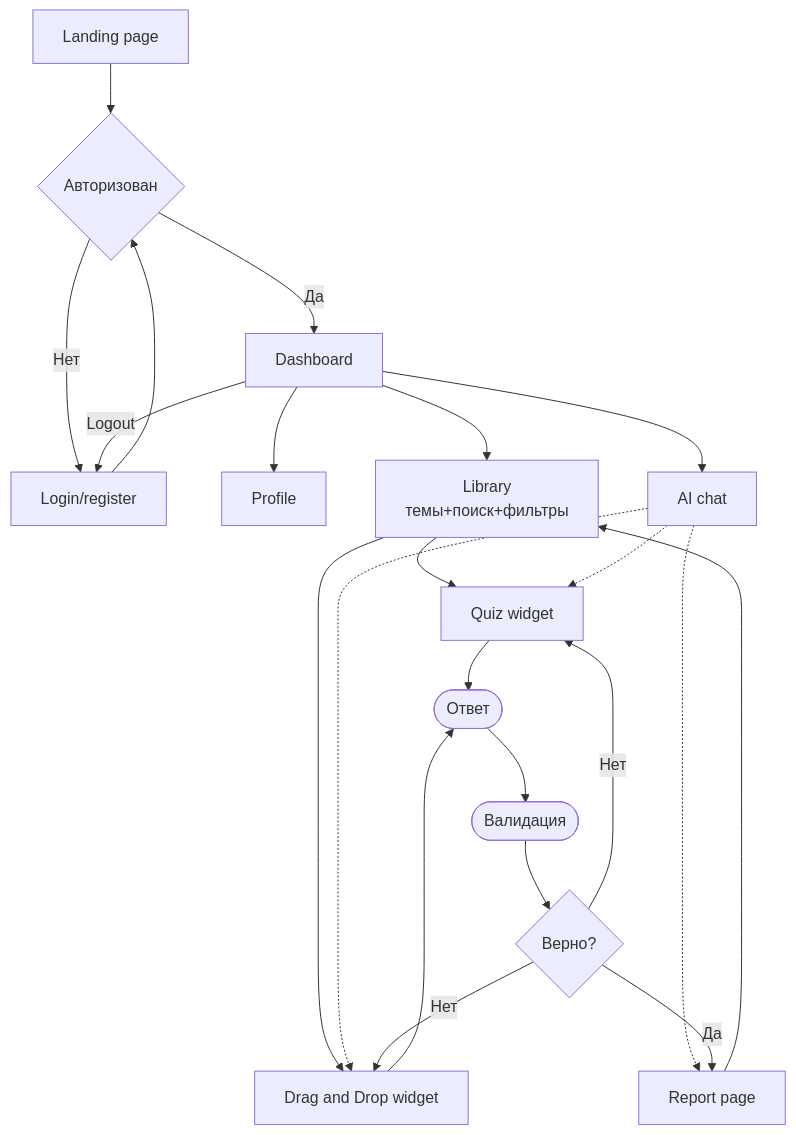
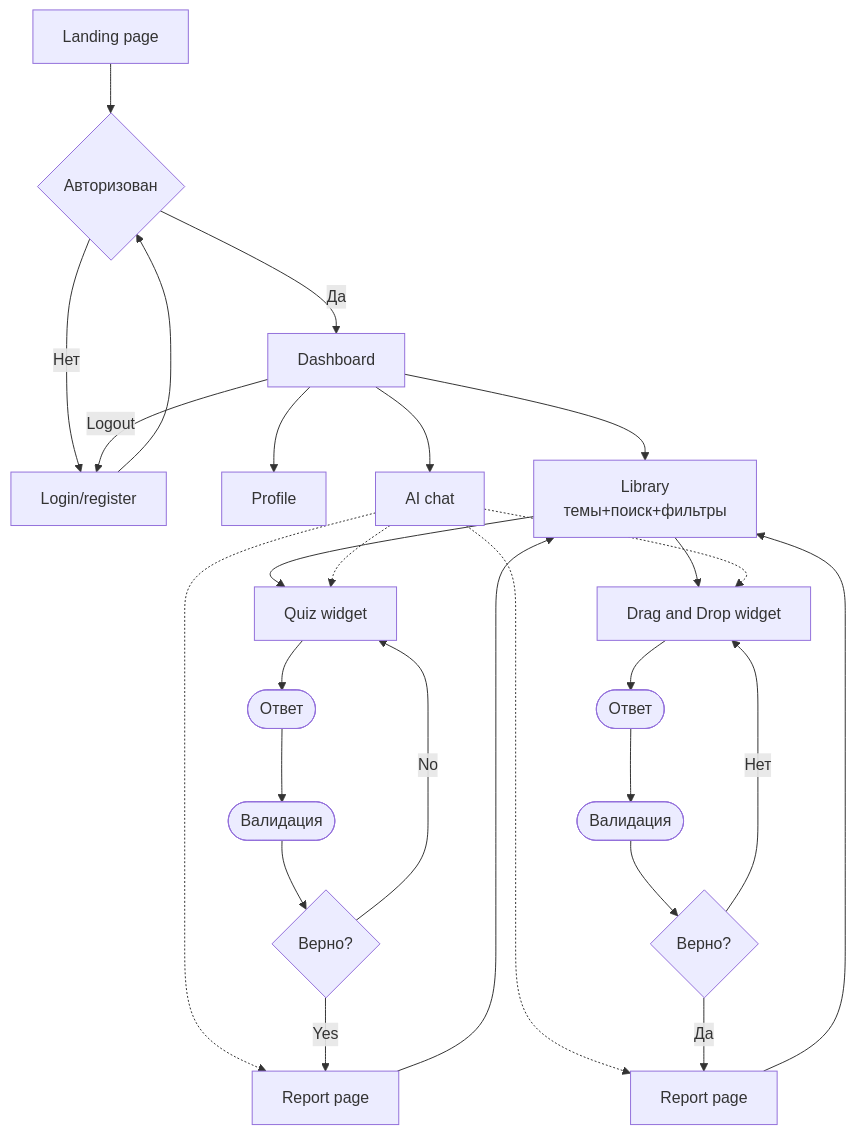
The diagram in docs/user-flow/user-flow-diagram.md (jsgods-rs-tandem/rs-tandem), drawn with Mermaid before and after one commit.

Commit message:
feat: improve diagram by separation widgets logic

````diff
--- a/docs/user-flow/user-flow-diagram.md
+++ b/docs/user-flow/user-flow-diagram.md
@@ -1,49 +1,62 @@
 ```mermaid
 graph TD
     %% Nodes
     Landing[Landing page]
     Auth{Авторизован}
     Login[Login/register]
     Dashboard[Dashboard]
     Profile[Profile]
     Library[Library<br/>темы+поиск+фильтры]
     AIChat[AI chat]
     Quiz[Quiz widget]
     DnD[Drag and Drop widget]
-    Answer([Ответ])
-    Validation([Валидация])
-    Correct{Верно?}
-    Report[Report page]
+    QuizAnswer([Ответ])
+    QuizValidation([Валидация])
+    QuizCorrect{Верно?}
+    QuizReport[Report page]
+    DnDAnswer([Ответ])
+    DnDValidation([Валидация])
+    DnDCorrect{Верно?}
+    DnDReport[Report page]
 
     %% Connections
     Landing --> Auth
     
     Auth -- Нет --> Login
     Auth -- Да --> Dashboard
     
     Login --> Auth
     
     Dashboard -- Logout --> Login
     Dashboard --> Profile
     Dashboard --> Library
     Dashboard --> AIChat
 
     Library --> Quiz
     Library --> DnD
 
     AIChat -.-> Quiz
     AIChat -.-> DnD
-    AIChat -.-> Report
+    AIChat -.-> DnDReport
+    AIChat -.-> QuizReport
 
-    Quiz --> Answer
-    DnD --> Answer
-    
-    Answer --> Validation
-    Validation --> Correct
-    
-    Correct -- Нет --> Quiz
-    Correct -- Нет --> DnD
-    Correct -- Да --> Report
-    
-    Report --> Library
+    Quiz --> QuizAnswer
+
+    QuizAnswer --> QuizValidation
+    QuizValidation --> QuizCorrect
+
+    QuizCorrect -- No --> Quiz
+    QuizCorrect -- Yes --> QuizReport
+    QuizReport --> Library
+
+    DnD --> DnDAnswer
+
+    DnDAnswer --> DnDValidation
+
+    DnDValidation --> DnDCorrect
+
+    DnDCorrect -- Нет --> DnD
+    DnDCorrect -- Да --> DnDReport
+
+    DnDReport --> Library
 ```
````
